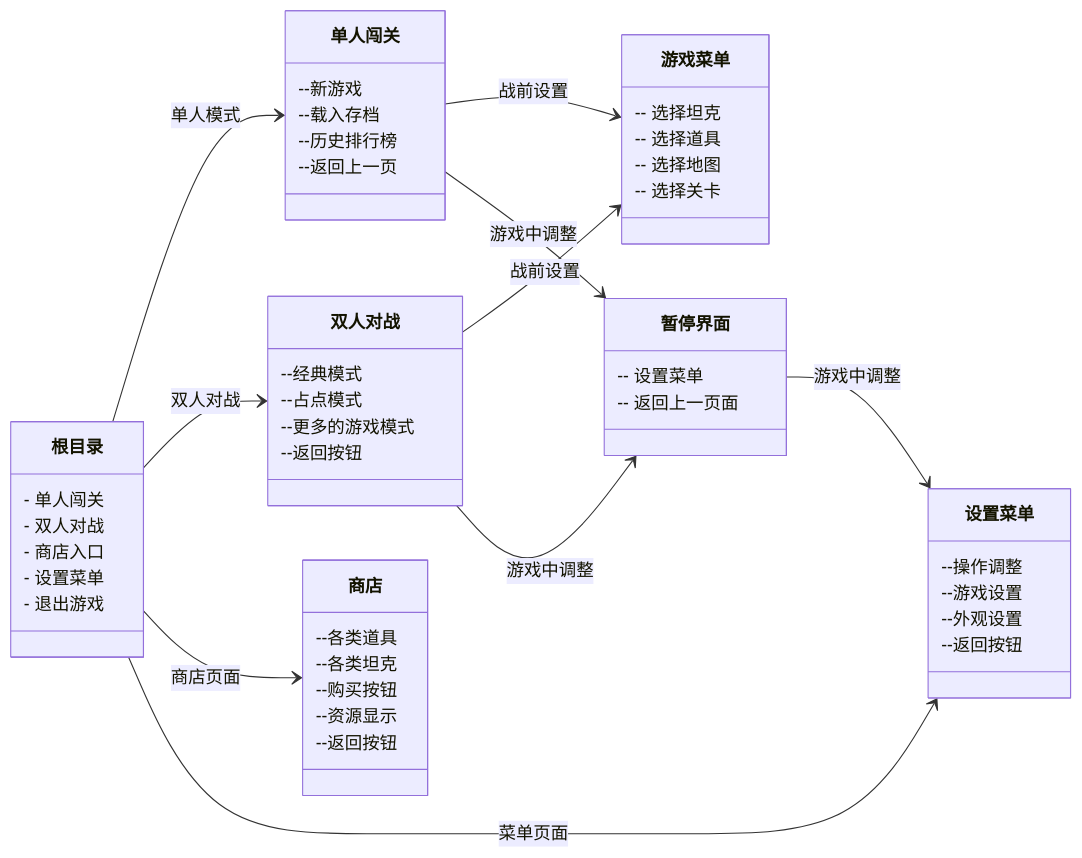
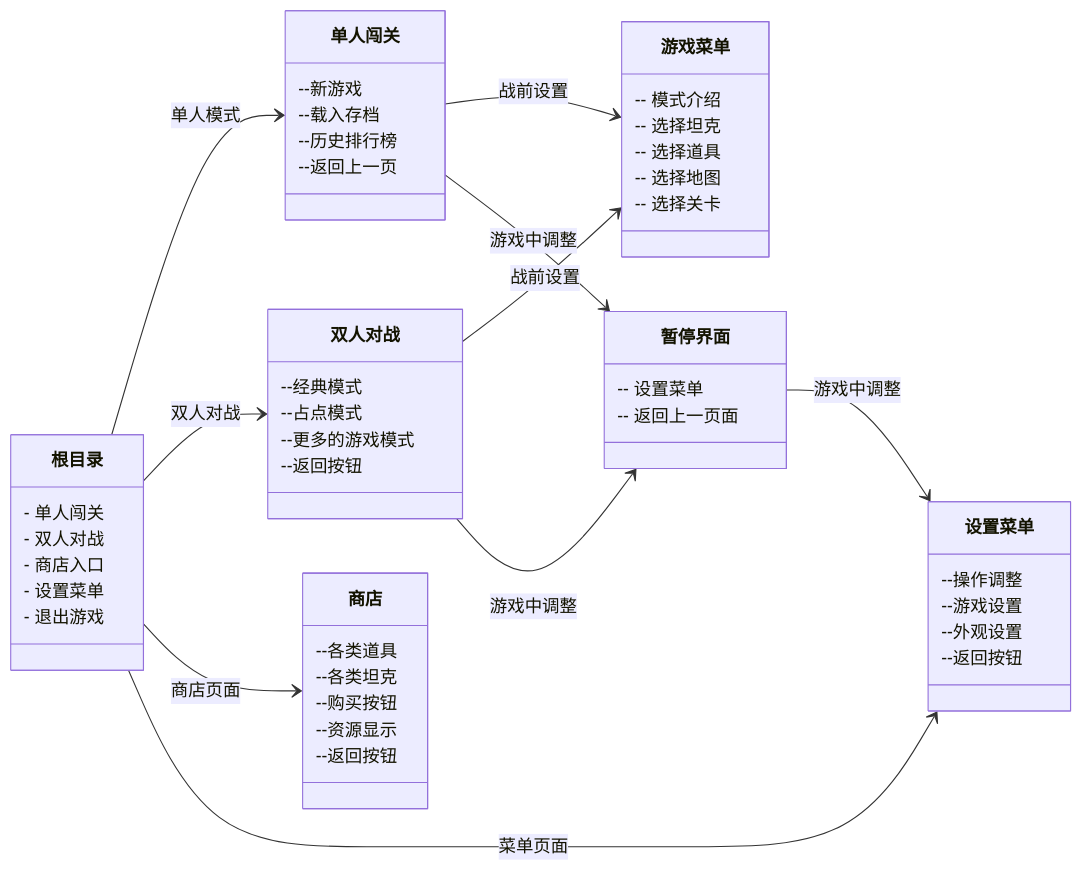
One commit to bjhh2005/tank_fire changed the second of 3 diagrams in README.md. Above: the diagram before and after it, drawn with Mermaid. The commit also changed other lines of this file, not shown here.

````diff
--- a/README.md
+++ b/README.md
@@ -84,56 +85,57 @@
 ```mermaid
 classDiagram
     direction LR
     class 根目录 {
       - 单人闯关
       - 双人对战
       - 商店入口
       - 设置菜单
       - 退出游戏
     }
     class 单人闯关 {
         --新游戏
         --载入存档
         --历史排行榜
         --返回上一页
     }
     class 双人对战 {
         --经典模式
         --占点模式
         --更多的游戏模式
         --返回按钮
     }
     class 商店 {
         --各类道具
         --各类坦克
         --购买按钮
         --资源显示
         --返回按钮
     }
     class 设置菜单{
         --操作调整
         --游戏设置
         --外观设置
         --返回按钮
     }
     class 游戏菜单{
+        -- 模式介绍
         -- 选择坦克
         -- 选择道具
         -- 选择地图
         -- 选择关卡
     }
     class 暂停界面{
         --  设置菜单
         --  返回上一页面
     }
 
     根目录 --> 单人闯关 : 单人模式
     根目录 --> 双人对战 : 双人对战
     根目录 --> 商店 : 商店页面
     根目录 --> 设置菜单 : 菜单页面
     单人闯关 --> 游戏菜单 : 战前设置
     双人对战 --> 游戏菜单 : 战前设置
     单人闯关 --> 暂停界面 : 游戏中调整
     双人对战 --> 暂停界面 : 游戏中调整
     暂停界面 --> 设置菜单 : 游戏中调整
 ```
````
